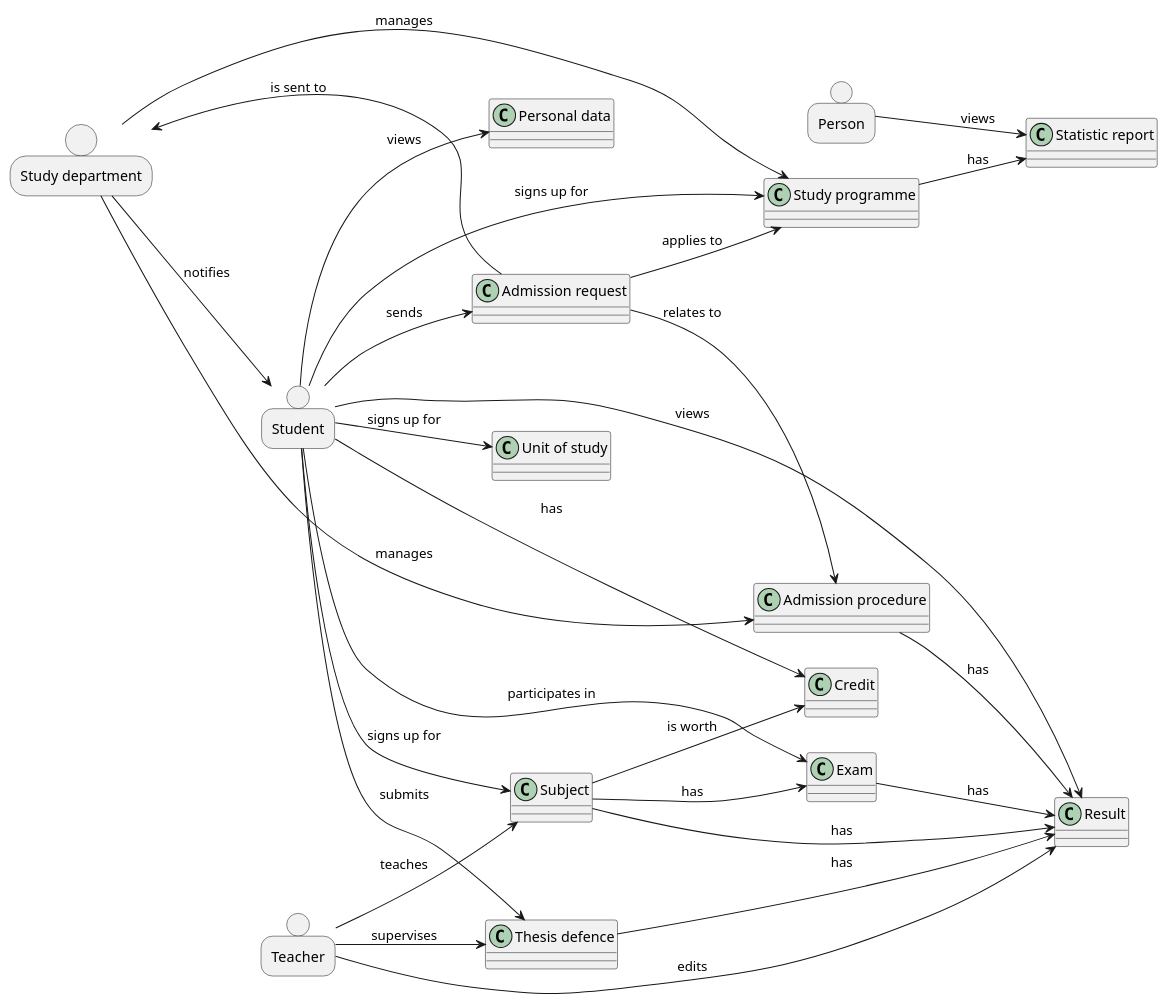
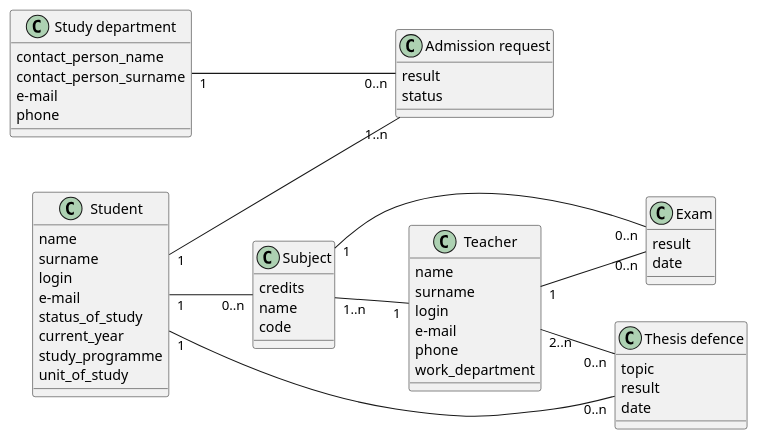
The fifth of 5 diagrams in requirements.md (luk27official/NSWI041), drawn with PlantUML before and after one commit. The commit also changed other lines of this file, not shown here.

Commit message:
Update information model

````diff
--- a/requirements.md
+++ b/requirements.md
@@ -397,59 +398,69 @@
 ```plantuml
 @startuml
 left to right direction
 allowmixing
 
-person Person
-person Department [
-    Study department
-]
-person Student
-person Teacher
+class "Study department" as Department {
+    contact_person_name
+    contact_person_surname
+    e-mail
+    phone
+}
 
-class "Statistic report" as Report
-class "Study programme" as Programme
-class "Unit of study" as Unit
-class "Admission request" as Request
-class "Admission procedure" as Procedure
-class "Personal data" as Data
-class "Credit" as Credit
-class "Subject" as Subject
-class "Result" as Result
-class "Exam" as Exam
-class "Thesis defence" as Defence
+class "Student" as Student {
+    name
+    surname
+    login
+    e-mail
+    status_of_study
+    current_year
+    study_programme
+    unit_of_study
+}
 
-Student --> Defence : submits
-Student --> Result : views
-Student --> Programme : signs up for
-Student --> Request : sends
-Student --> Subject : signs up for
-Student --> Exam : participates in
-Student --> Credit : has
-Student --> Data : views
-Student --> Unit : signs up for
+class "Teacher" as Teacher {
+    name
+    surname
+    login
+    e-mail
+    phone
+    work_department
+}
 
-Teacher --> Defence : supervises
-Teacher --> Subject : teaches
-Teacher --> Result : edits
+class "Subject" as Subject {
+    credits
+    name
+    code
+}
 
-Department --> Procedure : manages
-Department --> Student : notifies
-Department --> Programme : manages
+class "Exam" as Exam {
+    result
+    date
+}
 
-Person --> Report : views
+class "Admission request" as Request {
+    result
+    status
+}
 
-Subject --> Exam : has
-Subject --> Credit : is worth
-Subject --> Result : has
+class "Thesis defence" as Defence {
+    topic
+    result
+    date
+}
 
-Request --> Procedure : relates to
-Request --> Department : is sent to
-Request --> Programme : applies to
+Subject "1" -- "0..n" Exam
 
-Programme --> Report : has
-Exam --> Result : has
-Defence --> Result : has
-Procedure --> Result : has
+Department "1" --- "0..n" Request
+
+Teacher "1" -- "0..n" Exam
+Teacher "2..n" -- "0..n" Defence
+
+Student "1" -- "0..n" Subject
+Student "1" --- "1..n" Request
+Student "1" -- "0..n" Defence
+
+Subject "1..n" -- "1" Teacher
 
 @enduml
 ```
````
